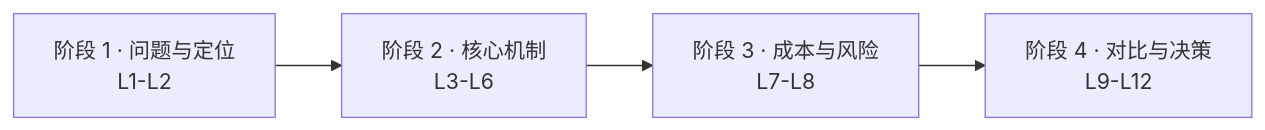
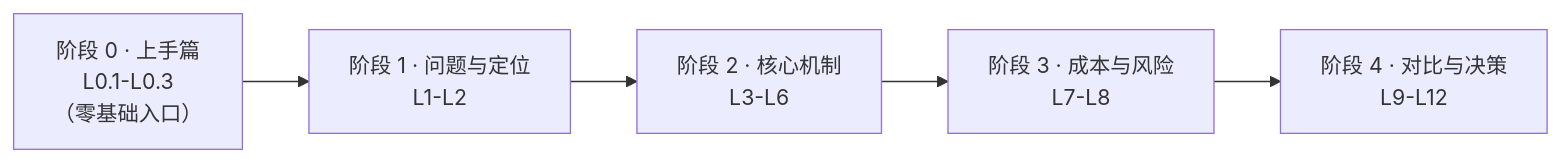
One commit to HACK-WU/learning changed the diagram in zookeeper/01-学习路径总览.md. Above: the diagram before and after it, drawn with Mermaid. The commit also changed other lines of this file and 8 other files, not shown here.

````diff
--- a/zookeeper/01-学习路径总览.md
+++ b/zookeeper/01-学习路径总览.md
@@ -25,6 +29,7 @@
 ```mermaid
 flowchart LR
-    S1["阶段 1 · 问题与定位<br/>L1-L2"] --> S2["阶段 2 · 核心机制<br/>L3-L6"]
+    S0["阶段 0 · 上手篇<br/>L0.1-L0.3<br/>（零基础入口）"] --> S1["阶段 1 · 问题与定位<br/>L1-L2"]
+    S1 --> S2["阶段 2 · 核心机制<br/>L3-L6"]
     S2 --> S3["阶段 3 · 成本与风险<br/>L7-L8"]
     S3 --> S4["阶段 4 · 对比与决策<br/>L9-L12"]
 ```
````
